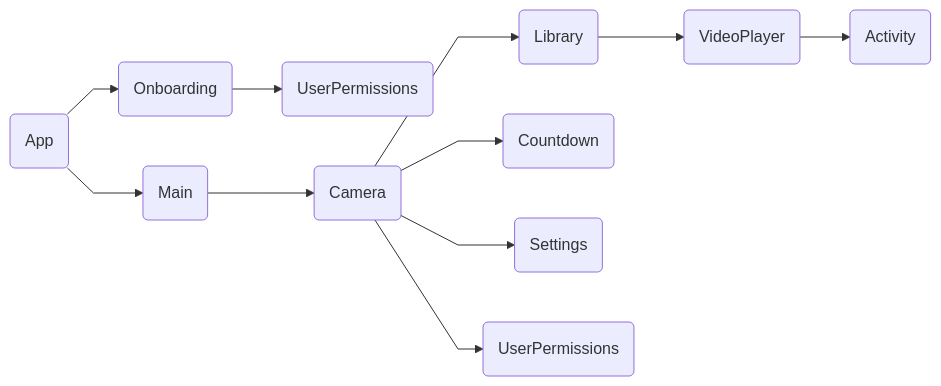
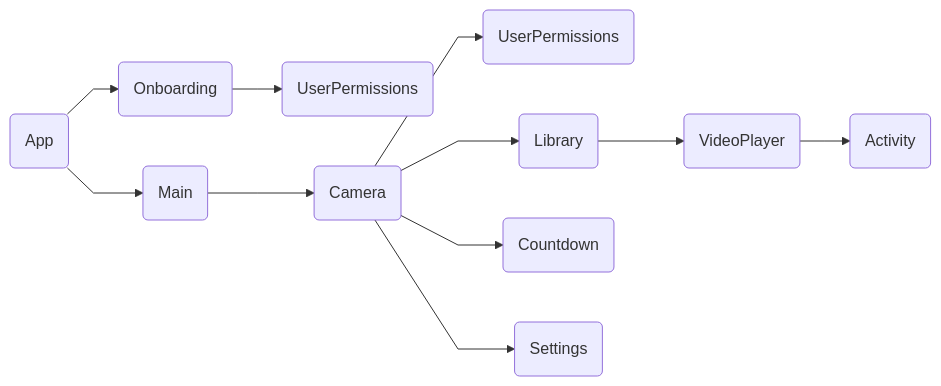
Before and after one commit to kodydeda4/swift-camera-app: the first of 2 diagrams in README.md, drawn with Mermaid.

````diff
--- a/README.md
+++ b/README.md
@@ -39,17 +39,16 @@
 ```mermaid
 %%{init: {'flowchart': {'curve': 'linear'}, 'themeVariables': {'nodeWidth': 150, 'nodeSpacing': 50, 'rankSpacing': 50}} }%%
 flowchart LR
     A(App) --> C(Onboarding)
     A(App) -->B(Main)
     C --> D(UserPermissions)
     B --> E(Camera)
-
-    E --> F(Library)
+    E --> K(UserPermissions)
     F --> G(VideoPlayer)
     G --> H(Activity)
-
     E --> I(Countdown)
     E --> J(Settings)
-    E --> K(UserPermissions)
+    E --> F(Library)
+    
     
 ```
````
